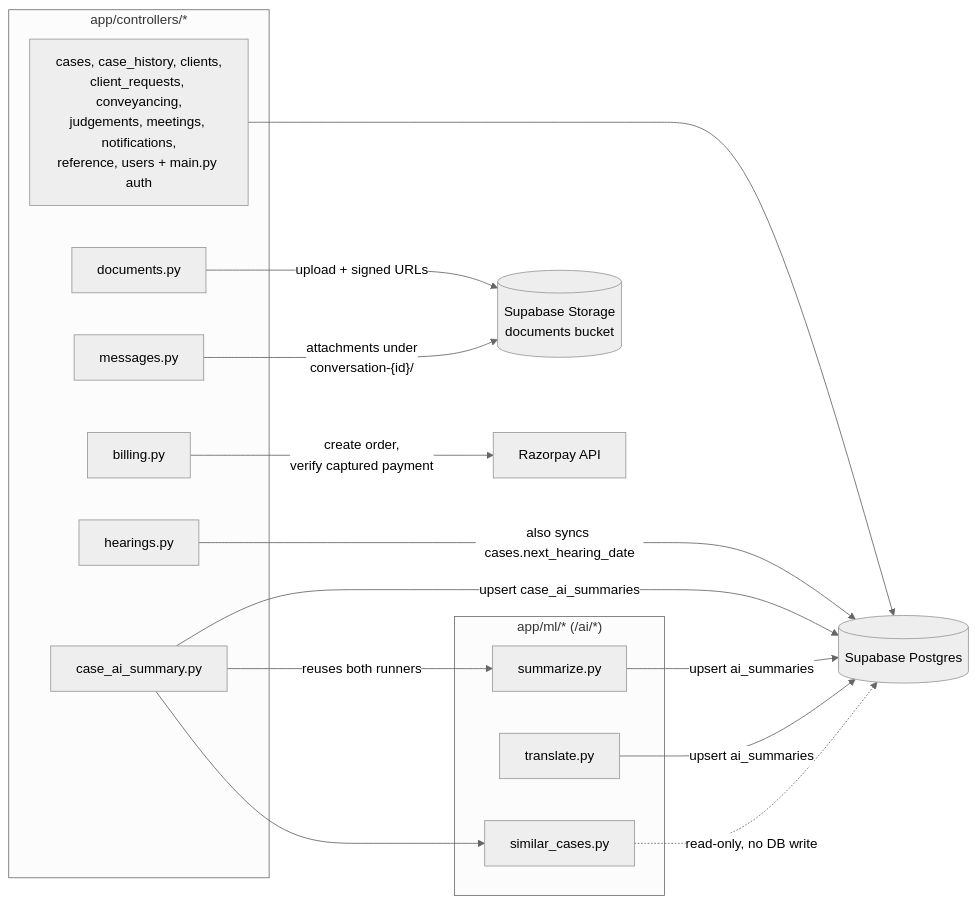
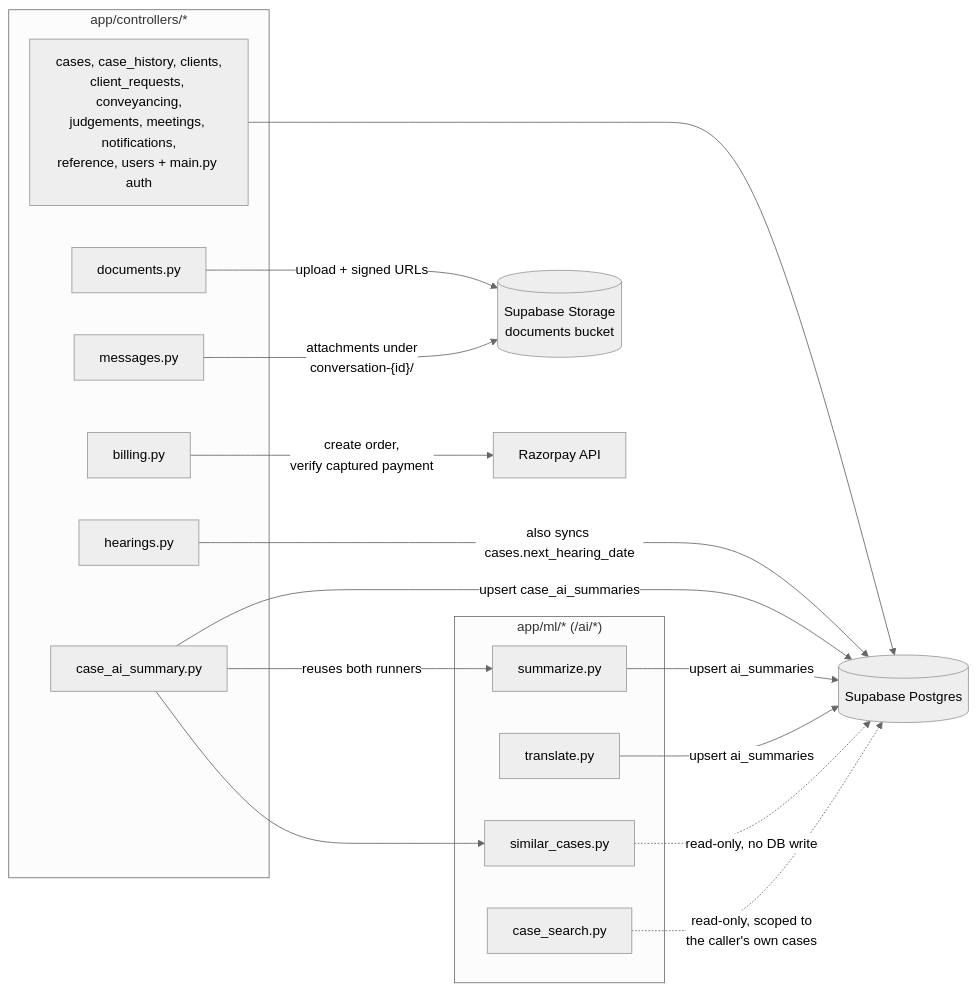
One commit to eyeofshreyas/BE-Project changed the second of 14 diagrams in docs/LLD.md. Above: the diagram before and after it, drawn with Mermaid (neutral theme). The commit also changed other lines of this file and 6 other files, not shown here.

First line of the commit message:
feat(ai): semantic search over the firm's own cases

````diff
--- a/docs/LLD.md
+++ b/docs/LLD.md
@@ -59,33 +59,35 @@
 ```mermaid
 graph LR
     subgraph Controllers["app/controllers/*"]
         plain["cases, case_history, clients,\nclient_requests, conveyancing,\njudgements, meetings, notifications,\nreference, users + main.py auth"]
         hearings["hearings.py"]
         docs["documents.py"]
         billing["billing.py"]
         msgs["messages.py"]
         caseai["case_ai_summary.py"]
     end
 
     subgraph MLRoutes["app/ml/* (/ai/*)"]
         summarize["summarize.py"]
         translate["translate.py"]
         similar["similar_cases.py"]
+        casesearch["case_search.py"]
     end
 
     DB[("Supabase Postgres")]
     Storage[("Supabase Storage\ndocuments bucket")]
     RZP["Razorpay API"]
 
     plain --> DB
     hearings -->|"also syncs cases.next_hearing_date"| DB
     docs -->|"upload + signed URLs"| Storage
     billing -->|"create order,\nverify captured payment"| RZP
     msgs -->|"attachments under\nconversation-{id}/"| Storage
     caseai -->|"upsert case_ai_summaries"| DB
     caseai -->|"reuses both runners"| summarize
     caseai --> similar
     summarize -->|"upsert ai_summaries"| DB
     translate -->|"upsert ai_summaries"| DB
     similar -.->|"read-only, no DB write"| DB
+    casesearch -.->|"read-only, scoped to\nthe caller's own cases"| DB
 ```
````
